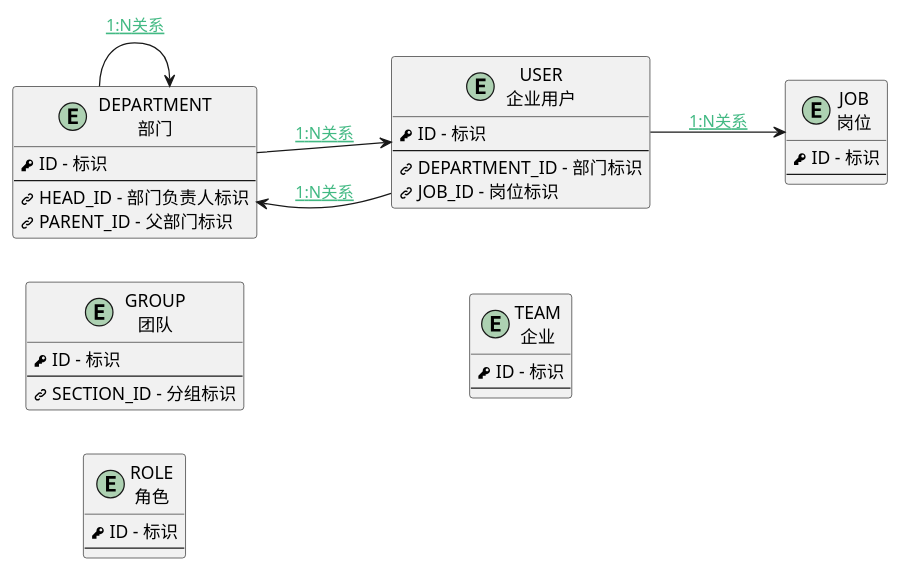
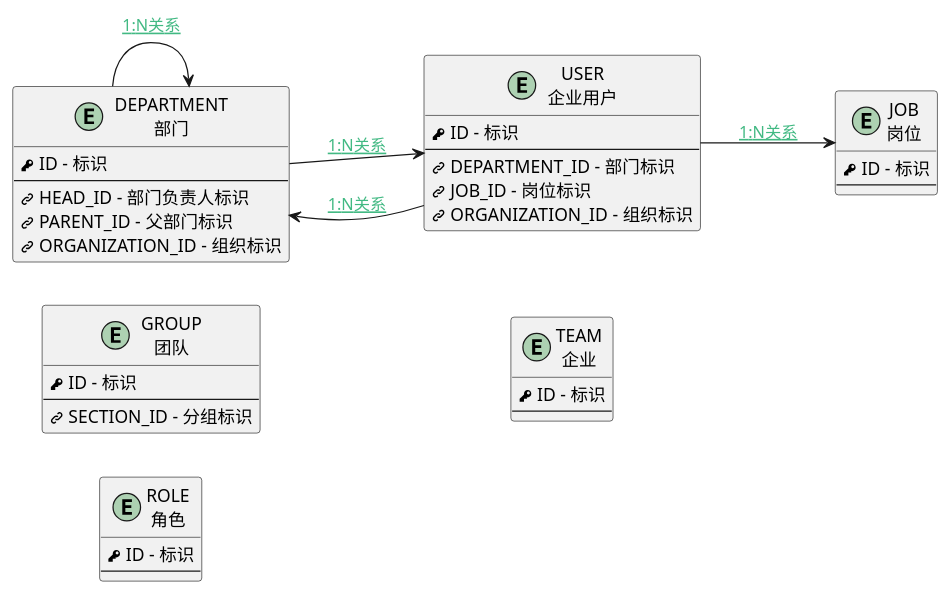
The diagram in doc/docsify/er/org.md (iBizLab/plm), drawn with PlantUML before and after one commit. The commit also changed 1656 other files, not shown here.

````diff
--- a/doc/docsify/er/org.md
+++ b/doc/docsify/er/org.md
@@ -4,48 +4,51 @@
 ```plantuml
 @startuml
+skinparam svgLinkTarget _blank
 <style>
 root {
   HyperlinkColor #42b983
 }
 </style>
 left to right direction
 
 entity "DEPARTMENT\n部门" as DEPARTMENT [[$../module/Base/department {部门}]] {
         <&key> ID - 标识
         --
         <&link-intact> HEAD_ID - 部门负责人标识
         <&link-intact> PARENT_ID - 父部门标识
+        <&link-intact> ORGANIZATION_ID - 组织标识
 }
 entity "GROUP\n团队" as GROUP [[$../module/Base/group {团队}]] {
         <&key> ID - 标识
         --
         <&link-intact> SECTION_ID - 分组标识
 }
 entity "JOB\n岗位" as JOB [[$../module/Base/job {岗位}]] {
         <&key> ID - 标识
         --
 }
 entity "ROLE\n角色" as ROLE [[$../module/Base/role {角色}]] {
         <&key> ID - 标识
         --
 }
 entity "TEAM\n企业" as TEAM [[$../module/Base/team {企业}]] {
         <&key> ID - 标识
         --
 }
 entity "USER\n企业用户" as USER [[$../module/Base/user {企业用户}]] {
         <&key> ID - 标识
         --
         <&link-intact> DEPARTMENT_ID - 部门标识
         <&link-intact> JOB_ID - 岗位标识
+        <&link-intact> ORGANIZATION_ID - 组织标识
 }
 
 DEPARTMENT--> DEPARTMENT : [[$../der/DER1N_DEPARTMENT_DEPARTMENT_PARENT_ID{DER1N_DEPARTMENT_DEPARTMENT_PARENT_ID} 1:N关系]]
 USER--> DEPARTMENT : [[$../der/DER1N_USER_DEPARTMENT_DEPARTMENT_ID{DER1N_USER_DEPARTMENT_DEPARTMENT_ID} 1:N关系]]
 USER--> JOB : [[$../der/DER1N_USER_JOB_JOB_ID{DER1N_USER_JOB_JOB_ID} 1:N关系]]
 DEPARTMENT--> USER : [[$../der/DER1N_DEPARTMENT_USER_HEAD_ID{DER1N_DEPARTMENT_USER_HEAD_ID} 1:N关系]]
 
 
 hide methods
 @enduml
 ```
````
